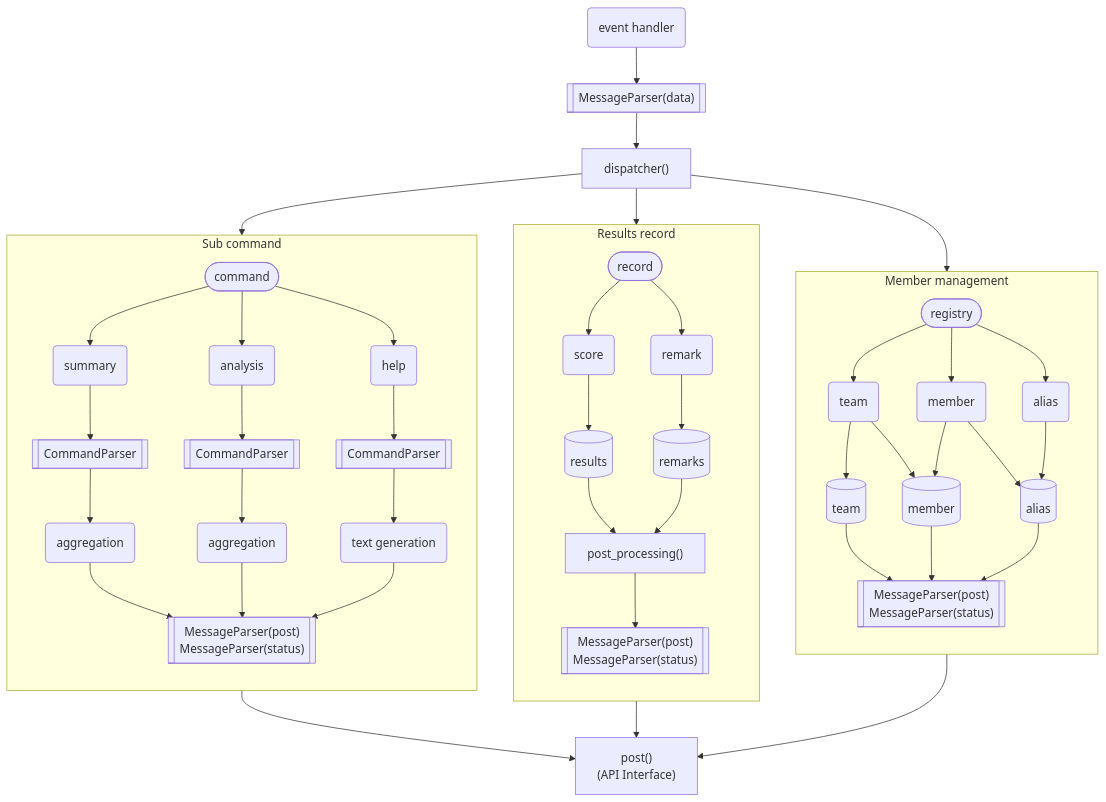
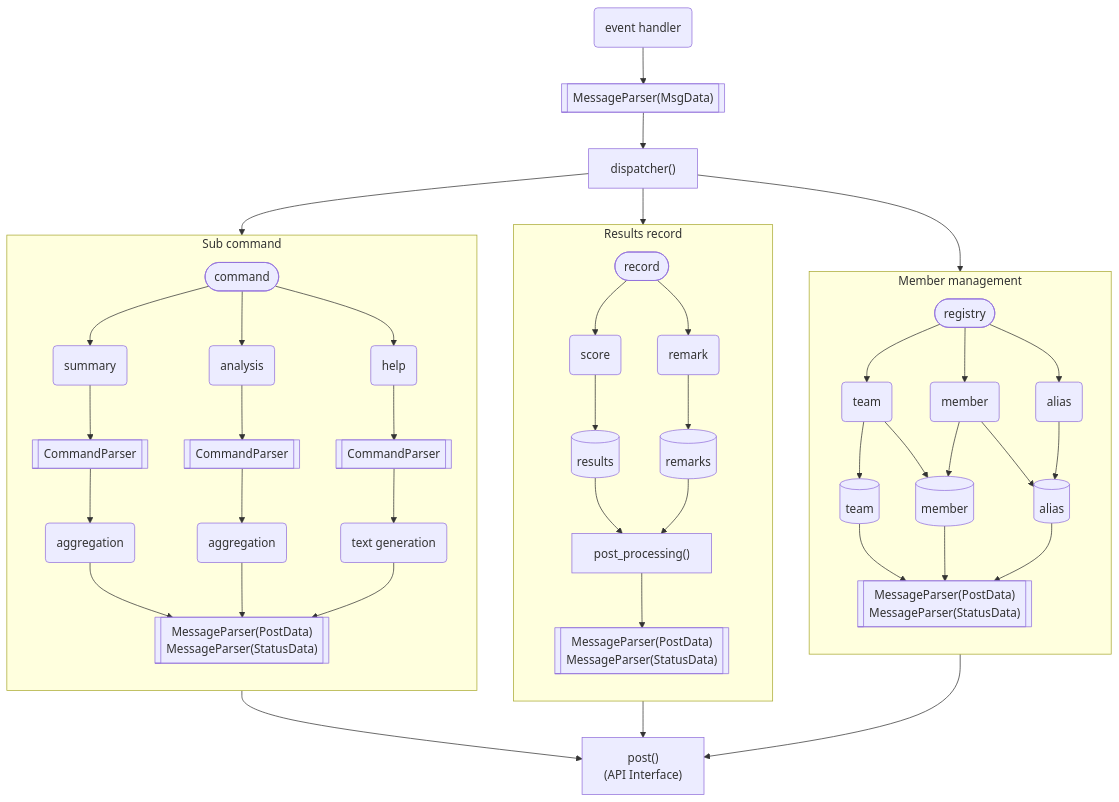
The first of 2 diagrams in docs/manual/source/development/architecture.rst (togakushi/mahjong-score-management), drawn with Mermaid before and after one commit.

Commit message:
fix: Update MessageParser references in architecture.rst for consistency

```diff
--- a/docs/manual/source/development/architecture.rst
+++ b/docs/manual/source/development/architecture.rst
@@ -4,35 +4,35 @@
 .. mermaid::
 
    flowchart TB
        event(event handler);
-       m1[["MessageParser(data)"]];
+       m1[["MessageParser(MsgData)"]];
 
        event --> m1 --> d["dispatcher()"] --> f1 & f2 & f3;
 
        subgraph f1[Sub command]
            direction TB
            c([command]) --> sc1 & sc2 & sc3;
            sc1(summary) --> cp1[[CommandParser]] --> p1(aggregation);
            sc2(analysis) --> cp2[[CommandParser]] --> p2(aggregation);
            sc3(help) --> cp3[[CommandParser]] --> p3(text generation);
-           p1 & p2 & p3 --> mp1[["MessageParser(post)<br>MessageParser(status)"]];
+           p1 & p2 & p3 --> mp1[["MessageParser(PostData)<br>MessageParser(StatusData)"]];
        end
 
        subgraph f2[Results record]
            direction TB
            r2([record]);
            r2 --> a1(score) --> results[(results)];
            r2 --> a2(remark) --> remarks[(remarks)];
-           results & remarks --> pp2["post_processing()"] --> mp2[["MessageParser(post)<br>MessageParser(status)"]];
+           results & remarks --> pp2["post_processing()"] --> mp2[["MessageParser(PostData)<br>MessageParser(StatusData)"]];
        end
 
        subgraph f3[Member management]
            direction TB
            r1([registry]);
            r1 --> a4(team) --> db2[(team)] & db1;
            r1 --> a3(member) --> db1[(member)] & db3[(alias)];
            r1 --> a5(alias) --> db3;
-           db1 & db2 & db3  --> mp3[["MessageParser(post)<br>MessageParser(status)"]];
+           db1 & db2 & db3  --> mp3[["MessageParser(PostData)<br>MessageParser(StatusData)"]];
        end
 
        f1 & f2 & f3 --> post["post()<br>(API Interface)"];
```
